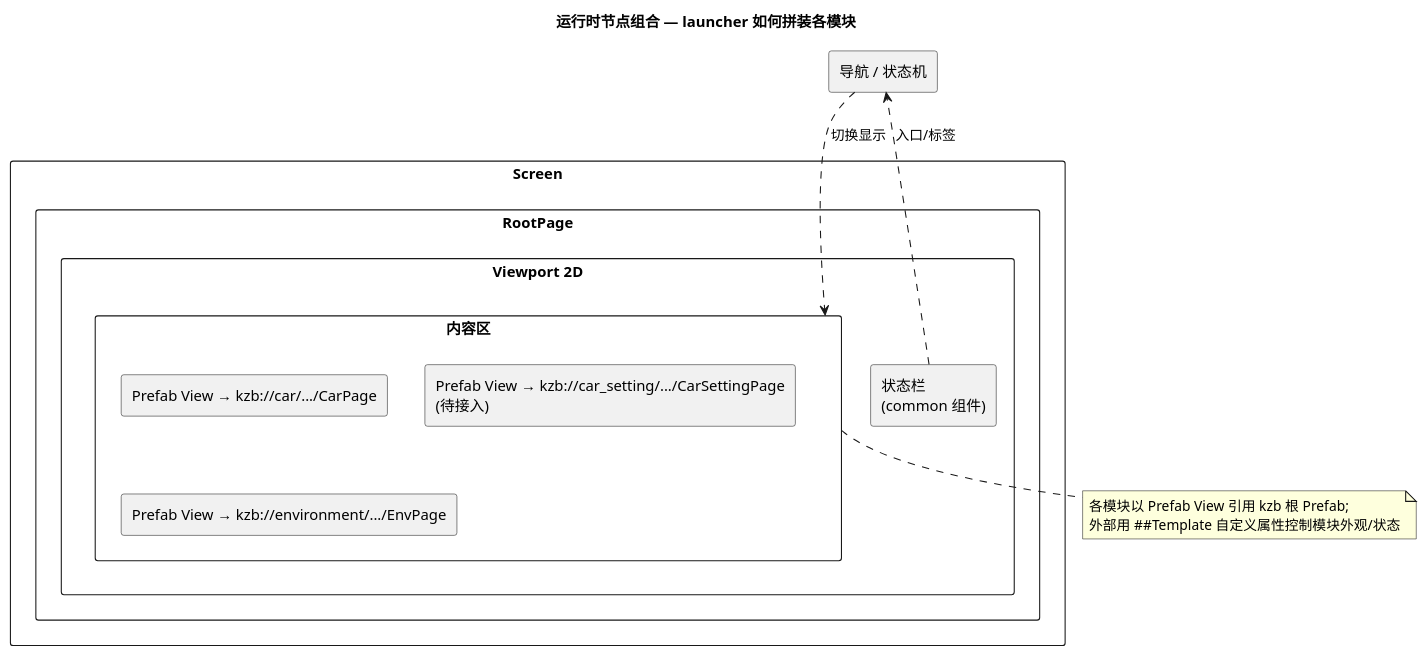
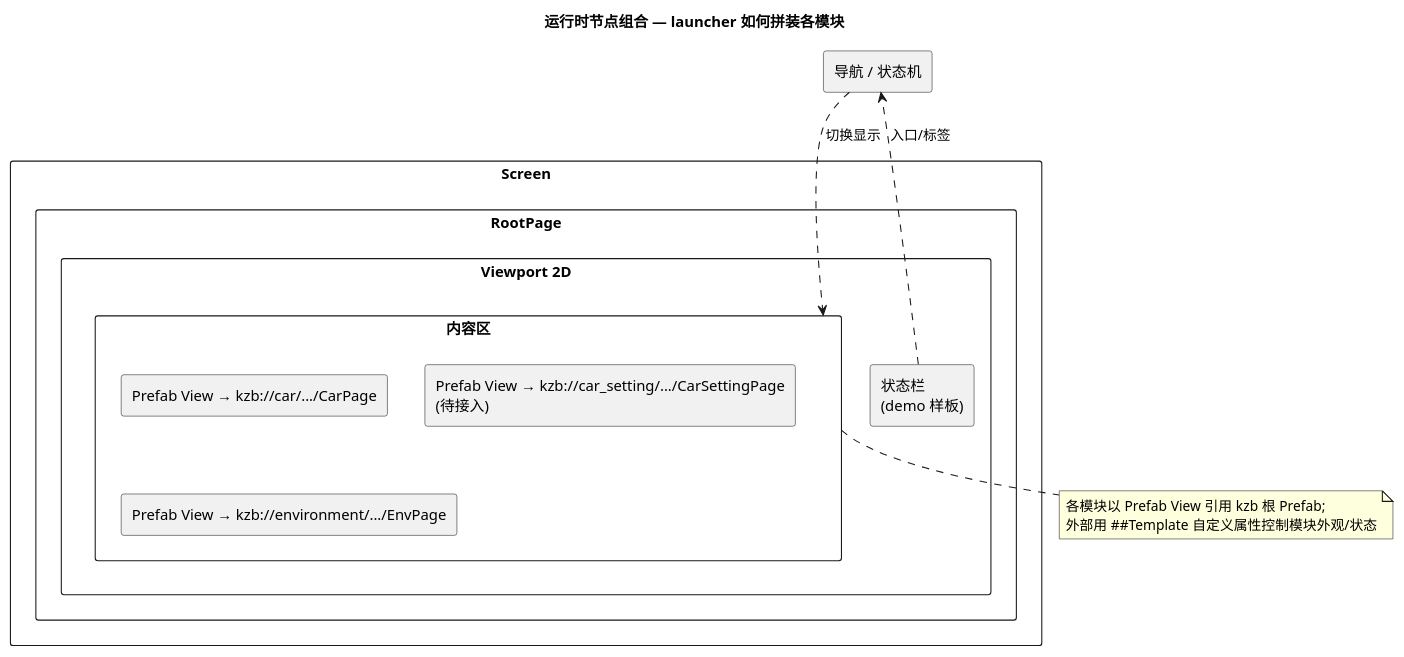
The diagram in docs/diagrams/runtime-composition.puml (ganlong-2016/kanzi_project), drawn with PlantUML before and after one commit. The commit also changed 12 other files, not shown here.

First line of the commit message:
refactor: move UI components from common to demo

```diff
--- a/docs/diagrams/runtime-composition.puml
+++ b/docs/diagrams/runtime-composition.puml
@@ -1,30 +1,30 @@
 @startuml runtime-composition
 title 运行时节点组合 — launcher 如何拼装各模块
 
 skinparam shadowing false
 skinparam componentStyle rectangle
 
 rectangle "Screen" as screen {
   rectangle "RootPage" as root {
     rectangle "Viewport 2D" as vp {
-      rectangle "状态栏\n(common 组件)" as status
+      rectangle "状态栏\n(demo 样板)" as status
       rectangle "内容区" as content {
         rectangle "Prefab View → kzb://car/.../CarPage" as pv_car
         rectangle "Prefab View → kzb://car_setting/.../CarSettingPage\n(待接入)" as pv_set
         rectangle "Prefab View → kzb://environment/.../EnvPage" as pv_env
       }
     }
   }
 }
 
 rectangle "导航 / 状态机" as nav
 
 nav ..> content : 切换显示
 status ..> nav : 入口/标签
 
 note bottom of content
   各模块以 Prefab View 引用 kzb 根 Prefab;
   外部用 ##Template 自定义属性控制模块外观/状态
 end note
 
 @enduml
```
